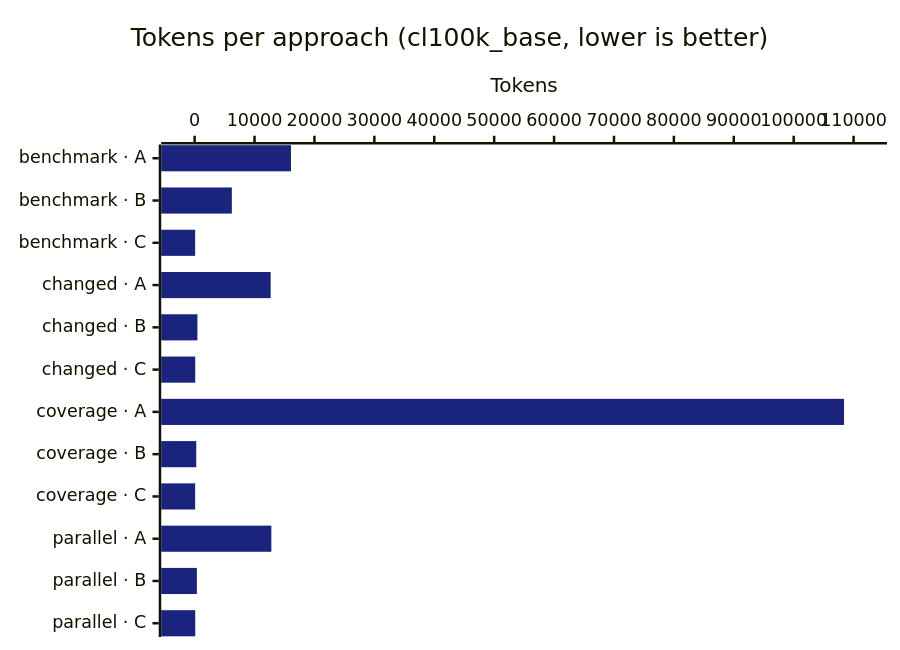
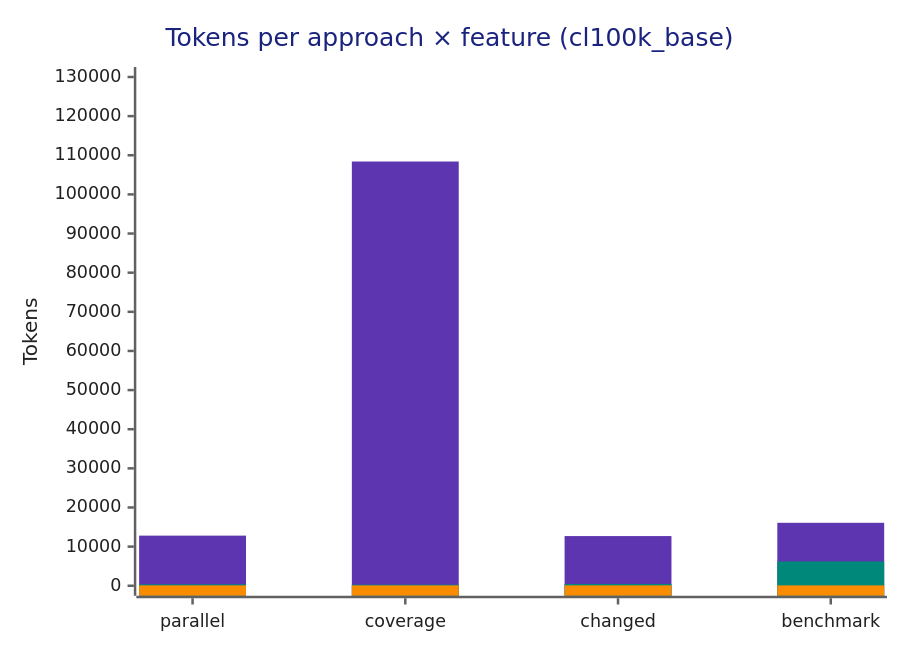
The first of 5 diagrams in docs/token-cost-measurement.md (oscardlfr/kmp-test-runner), drawn with Mermaid before and after one commit. The commit also changed other lines of this file and 1 other file, not shown here.

First line of the commit message:
docs(tools): modernize Mermaid charts (multi-series + vivid palette) + anonymize project names

````diff
--- a/docs/token-cost-measurement.md
+++ b/docs/token-cost-measurement.md
@@ -10,8 +13,10 @@
 ```mermaid
-%%{init: {'theme':'base','themeVariables':{'xyChart':{'plotColorPalette':'#1a237e, #00897b, #c62828'},'fontFamily':'monospace','fontSize':'14px'}}}%%
-xychart-beta horizontal
-    title "Tokens per approach (cl100k_base, lower is better)"
-    x-axis ["benchmark · A", "benchmark · B", "benchmark · C", "changed · A", "changed · B", "changed · C", "coverage · A", "coverage · B", "coverage · C", "parallel · A", "parallel · B", "parallel · C"]
-    y-axis "Tokens" 0 --> 110000
-    bar [16083, 6211, 89, 12694, 466, 100, 108405, 273, 89, 12807, 376, 101]
+%%{init: {'theme':'base','themeVariables':{'xyChart':{'backgroundColor':'transparent','plotColorPalette':'#5e35b1, #00897b, #fb8c00','titleColor':'#1a237e','xAxisLabelColor':'#212121','yAxisLabelColor':'#212121','xAxisTitleColor':'#212121','yAxisTitleColor':'#212121','xAxisLineColor':'#616161','yAxisLineColor':'#616161','xAxisTickColor':'#616161','yAxisTickColor':'#616161','titleFontSize':'18'},'fontFamily':'system-ui, -apple-system, Segoe UI, sans-serif','fontSize':'13px'}}}%%
+xychart-beta
+    title "Tokens per approach × feature (cl100k_base)"
+    x-axis ["parallel", "coverage", "changed", "benchmark"]
+    y-axis "Tokens" 0 --> 130000
+    bar [12807, 108405, 12694, 16083]
+    bar [376, 273, 466, 6211]
+    bar [101, 89, 100, 89]
 ```
````
